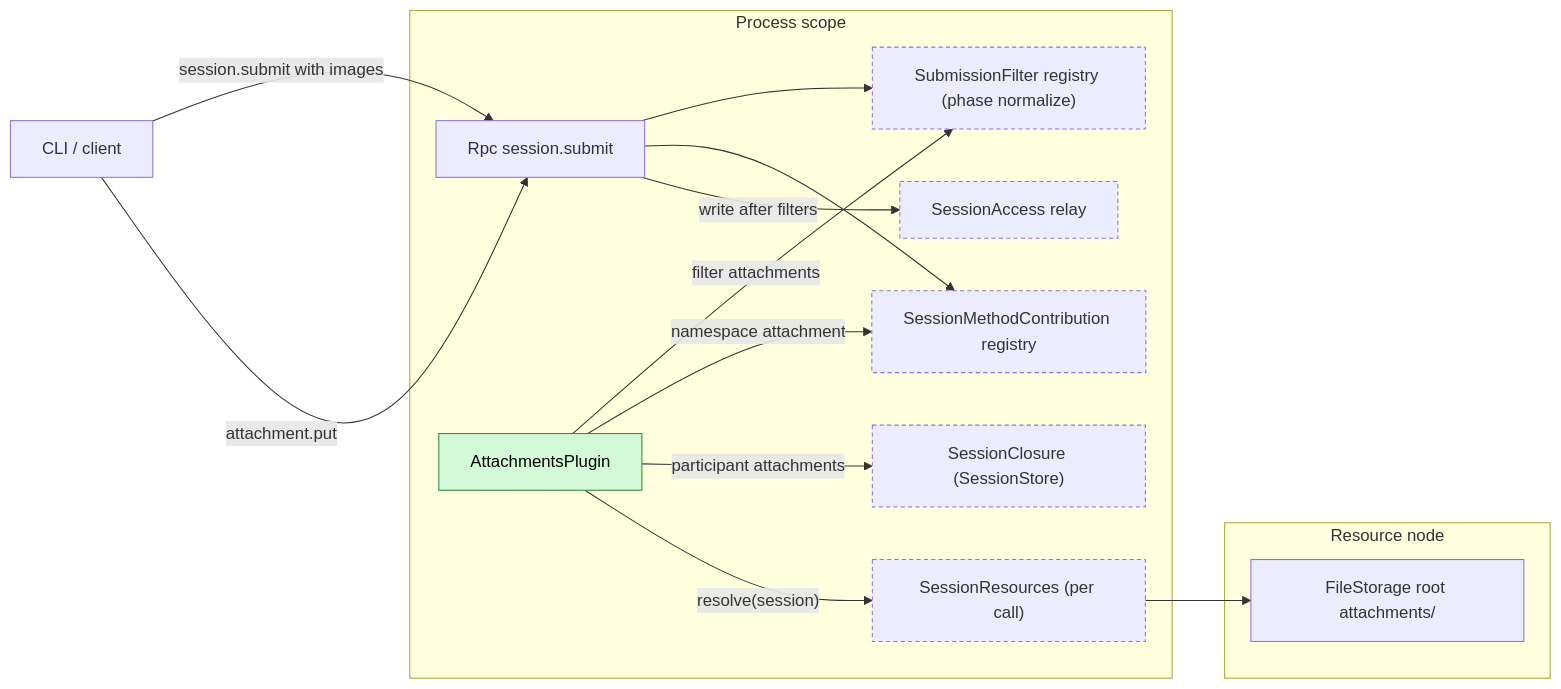
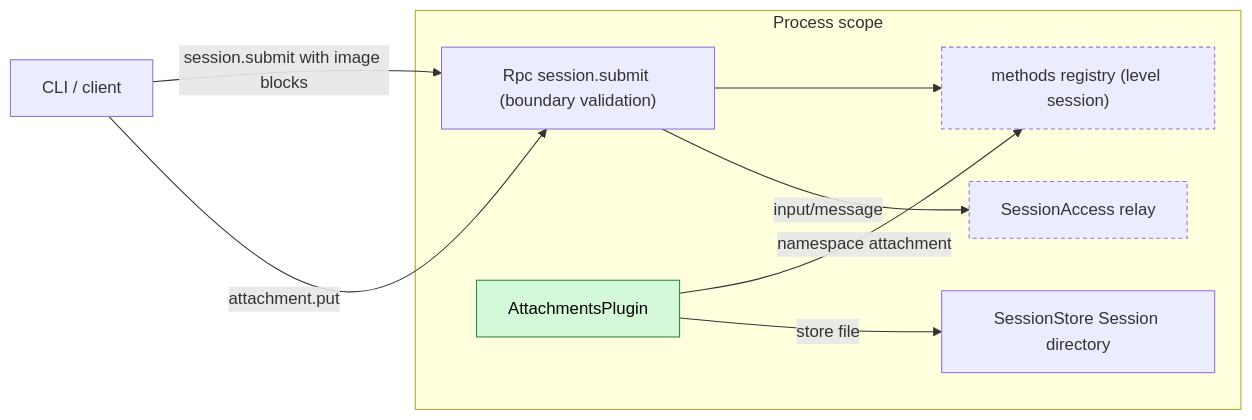
Before and after one commit to CoutinhoTTS/dim-agent: the first of 4 diagrams in docs/design/plugins/Attachments.md, drawn with Mermaid. The commit also changed other lines of this file and 3 other files, not shown here.

Commit message:
docs(design): simplify Questions, ShellInput, Attachments and Goal designs

````diff
--- a/docs/design/plugins/Attachments.md
+++ b/docs/design/plugins/Attachments.md
@@ -9,28 +9,19 @@
 ```mermaid
 flowchart LR
   CLI["CLI / client"]
   subgraph P["Process scope"]
-    RPC["Rpc session.submit"]
-    SFR["SubmissionFilter registry (phase normalize)"]:::contract
-    SMC["SessionMethodContribution registry"]:::contract
-    SC["SessionClosure (SessionStore)"]:::contract
+    RPC["Rpc session.submit (boundary validation)"]
+    MC["methods registry (level session)"]:::contract
     AT["AttachmentsPlugin"]:::new
-    SR["SessionResources (per call)"]:::contract
+    SS["SessionStore Session directory"]
     SA["SessionAccess relay"]:::contract
   end
-  subgraph N["Resource node"]
-    FS["FileStorage root attachments/"]
-  end
-  CLI -- "session.submit with images" --> RPC
+  CLI -- "session.submit with image blocks" --> RPC
   CLI -- "attachment.put" --> RPC
-  RPC --> SFR
-  RPC --> SMC
-  AT -- "filter attachments" --> SFR
-  AT -- "namespace attachment" --> SMC
-  AT -- "participant attachments" --> SC
-  AT -- "resolve(session)" --> SR
-  SR --> FS
-  RPC -- "write after filters" --> SA
+  RPC --> MC
+  AT -- "namespace attachment" --> MC
+  AT -- "store file" --> SS
+  RPC -- "input/message" --> SA
   classDef new fill:#d3f9d8,stroke:#2b8a3e,color:#000
   classDef contract stroke-dasharray:4 3
 ```
````
